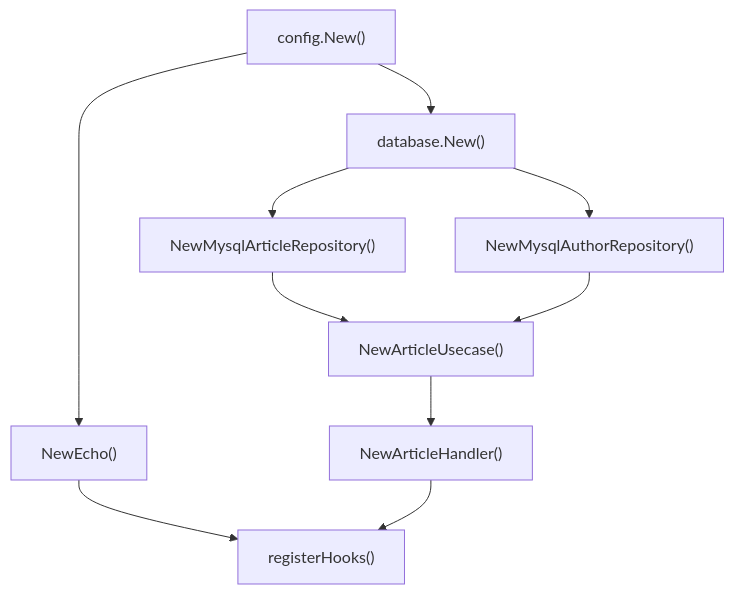
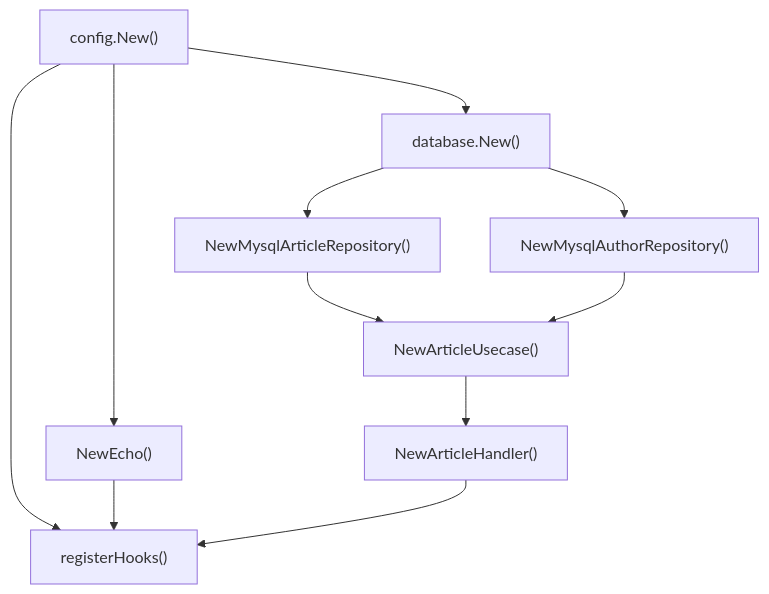
The diagram in docs/read/go-fx-의존성-주입/index.md (kenshin579/blog-v2.advenoh.pe.kr), drawn with Mermaid before and after one commit. The commit also changed other lines of this file and 2 other files, not shown here.

````diff
--- a/docs/read/go-fx-의존성-주입/index.md
+++ b/docs/read/go-fx-의존성-주입/index.md
@@ -556,12 +556,13 @@
 ```mermaid
 graph TD
     Config["config.New()"] --> Database["database.New()"]
     Database --> ArticleRepo["NewMysqlArticleRepository()"]
     Database --> AuthorRepo["NewMysqlAuthorRepository()"]
     ArticleRepo --> ArticleUsecase["NewArticleUsecase()"]
     AuthorRepo --> ArticleUsecase
     ArticleUsecase --> ArticleHandler["NewArticleHandler()"]
     Config --> Echo["NewEcho()"]
-    Echo --> RegisterHooks["registerHooks()"]
+    Config --> RegisterHooks["registerHooks()"]
+    Echo --> RegisterHooks
     ArticleHandler --> RegisterHooks
 ```
````
